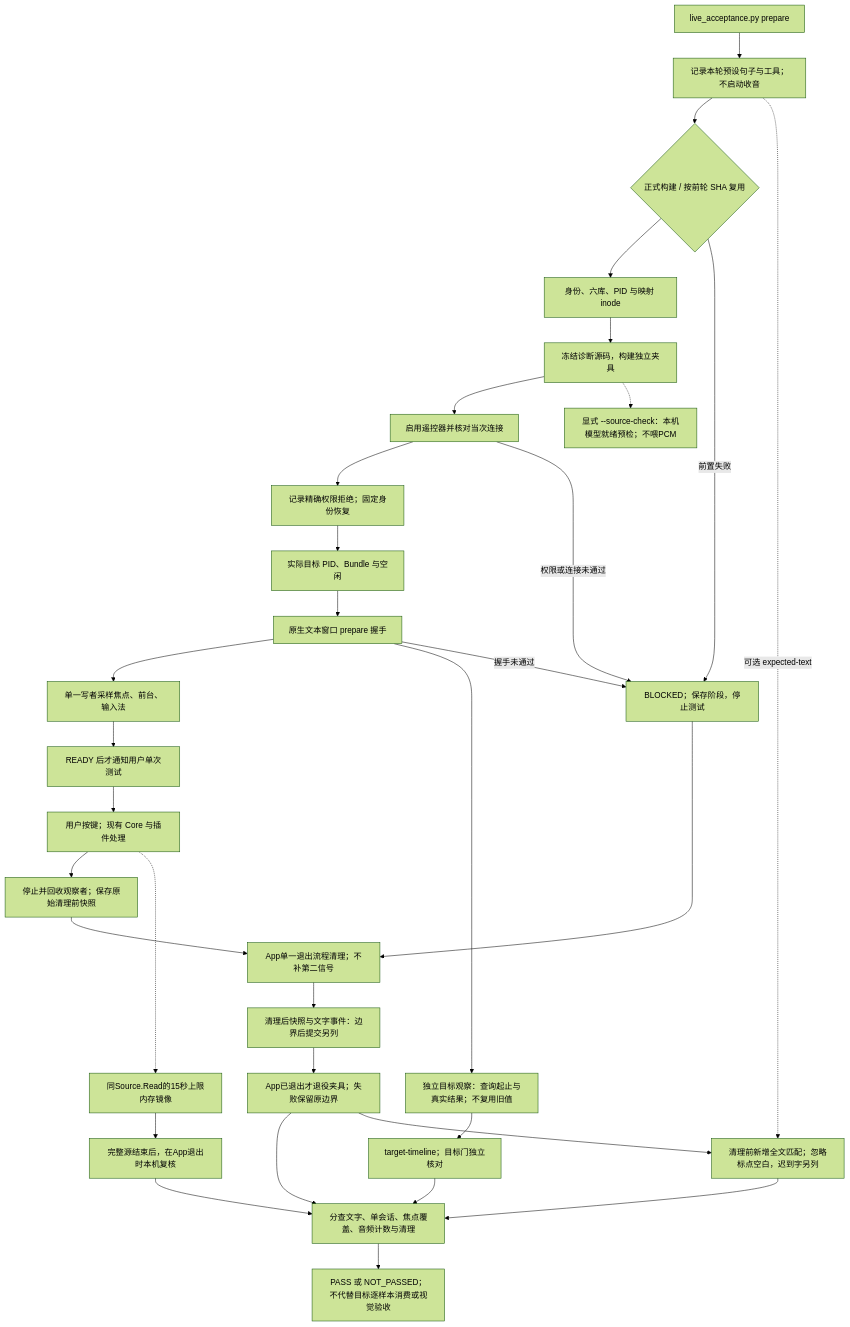
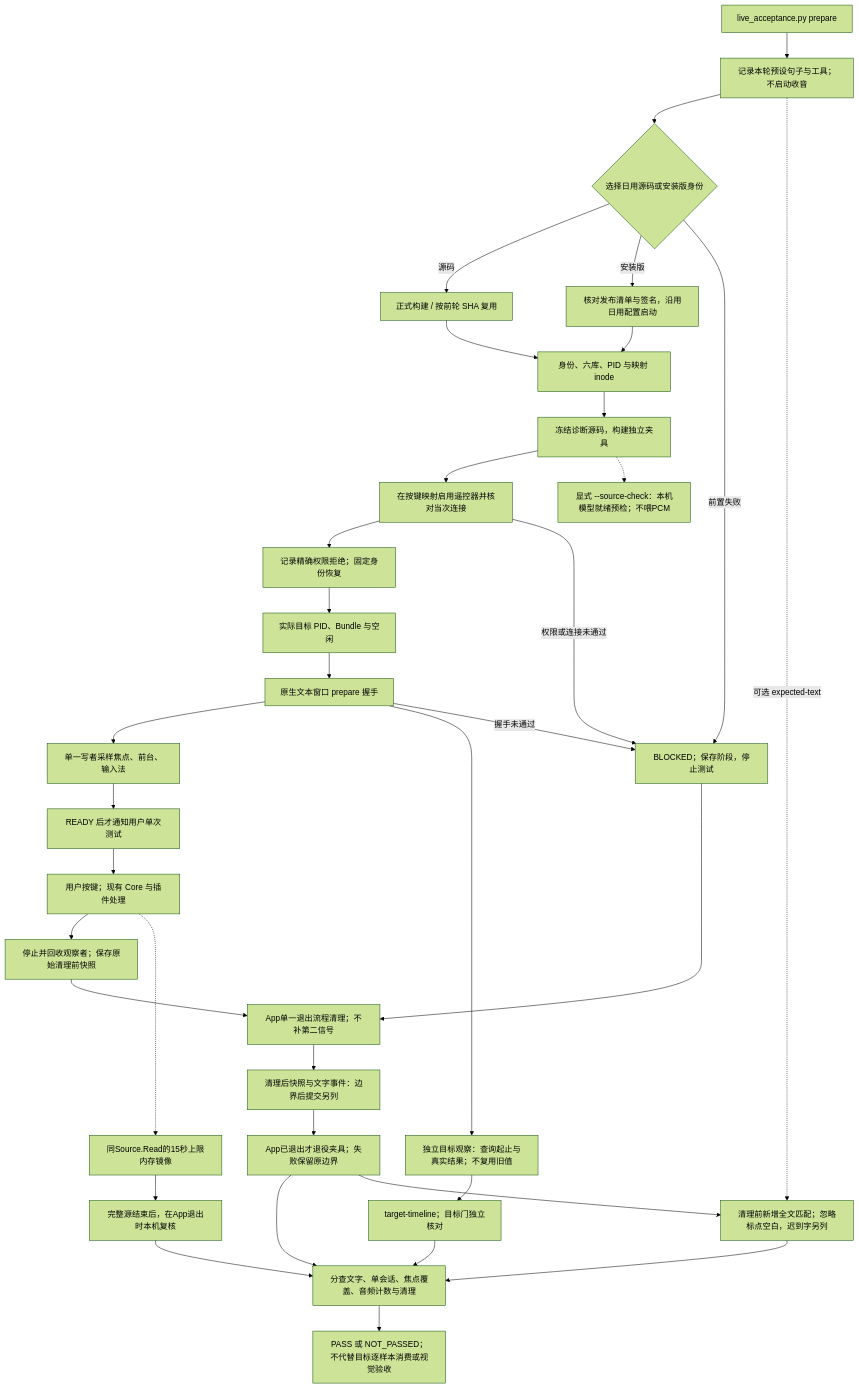
The diagram in tools/workbench/diagrams/live-acceptance.mmd (daftAI2026/MiMac), drawn with Mermaid (forest theme) before and after one commit. The commit also changed 16 other files, not shown here.

Commit message:
Restore native permission flow and require fixed-build acceptance

```diff
--- a/tools/workbench/diagrams/live-acceptance.mmd
+++ b/tools/workbench/diagrams/live-acceptance.mmd
@@ -1,32 +1,35 @@
 flowchart TD
     entry["live_acceptance.py prepare"] --> plan["记录本轮预设句子与工具；不启动收音"]
-    plan --> fixed{"正式构建 / 按前轮 SHA 复用"}
-    fixed --> identity["身份、六库、PID 与映射 inode"]
+    plan --> fixed{"选择日用源码或安装版身份"}
+    fixed -->|源码| build["正式构建 / 按前轮 SHA 复用"]
+    fixed -->|安装版| installed["核对发布清单与签名，沿用日用配置启动"]
+    build --> identity["身份、六库、PID 与映射 inode"]
+    installed --> identity
     identity --> native["冻结诊断源码，构建独立夹具"]
-    native --> route["启用遥控器并核对当次连接"]
+    native --> route["在按键映射启用遥控器并核对当次连接"]
     route --> permission["记录精确权限拒绝；固定身份恢复"]
     permission --> idle["实际目标 PID、Bundle 与空闲"]
     idle --> client["原生文本窗口 prepare 握手"]
     client --> focus["单一写者采样焦点、前台、输入法"]
     client --> targetWatch["独立目标观察：查询起止与真实结果；不复用旧值"]
     targetWatch --> targetLog["target-timeline；目标门独立核对"]
     focus --> ready["READY 后才通知用户单次测试"]
     fixed -->|前置失败| blocked["BLOCKED；保存阶段，停止测试"]
     route -->|权限或连接未通过| blocked
     client -->|握手未通过| blocked
     ready --> human["用户按键；现有 Core 与插件处理"]
     human --> boundary["停止并回收观察者；保存原始清理前快照"]
     boundary --> finish["App单一退出流程清理；不补第二信号"]
     finish --> post["清理后快照与文字事件：边界后提交另列"]
     post --> closeClient["App已退出才退役夹具；失败保留原边界"]
     blocked --> finish
     closeClient --> evidence["分查文字、单会话、焦点覆盖、音频计数与清理"]
     plan -. "可选 expected-text" .-> whole["清理前新增全文匹配；忽略标点空白，迟到字另列"]
     closeClient --> whole
     whole --> evidence
     targetLog --> evidence
     evidence --> result["PASS 或 NOT_PASSED；不代替目标逐样本消费或视觉验收"]
     native -.-> probeMode["显式 --source-check：本机模型就绪预检；不喂PCM"]
     human -.-> mirror["同Source.Read的15秒上限内存镜像"]
     mirror --> exitReplay["完整源结束后，在App退出时本机复核"]
     exitReplay --> evidence
```
